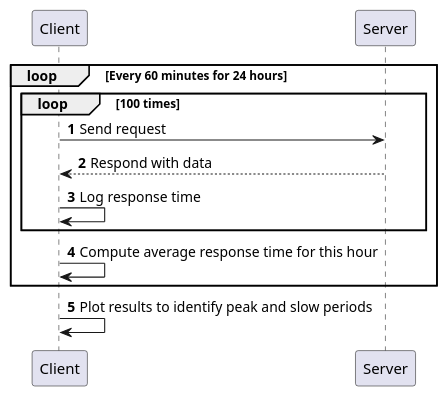
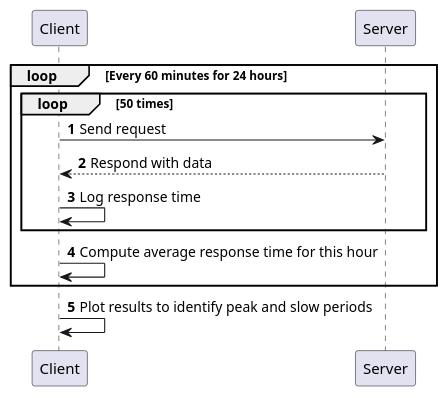
Before and after one commit to paga16-hash/anonymous-shard: the diagram in doc/general/scn-prototype.puml, drawn with PlantUML.

Commit message:
docs: scn prototype sequence diagram

```diff
--- a/doc/general/scn-prototype.puml
+++ b/doc/general/scn-prototype.puml
@@ -1,18 +1,18 @@
 @startuml
 autonumber
 
 participant "Client" as C
 participant "Server" as S
 
 loop Every 60 minutes for 24 hours
-    loop 100 times
+    loop 50 times
         C -> S : Send request
         S --> C : Respond with data
         C -> C : Log response time
     end
     C -> C : Compute average response time for this hour
 end
 
 C -> C : Plot results to identify peak and slow periods
 
 @enduml
```
